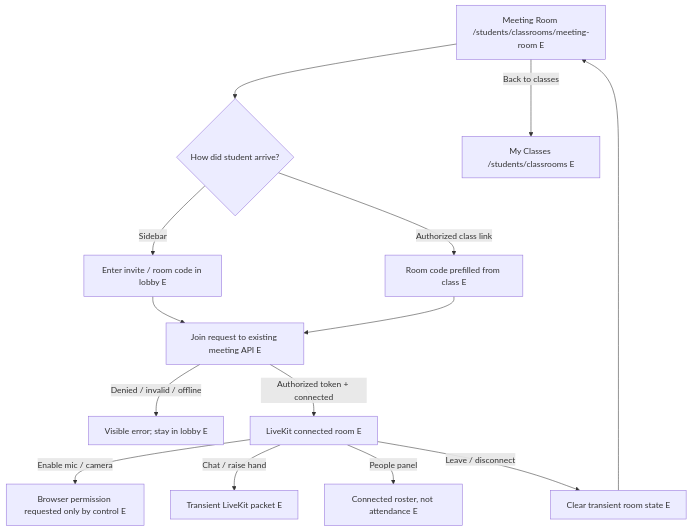
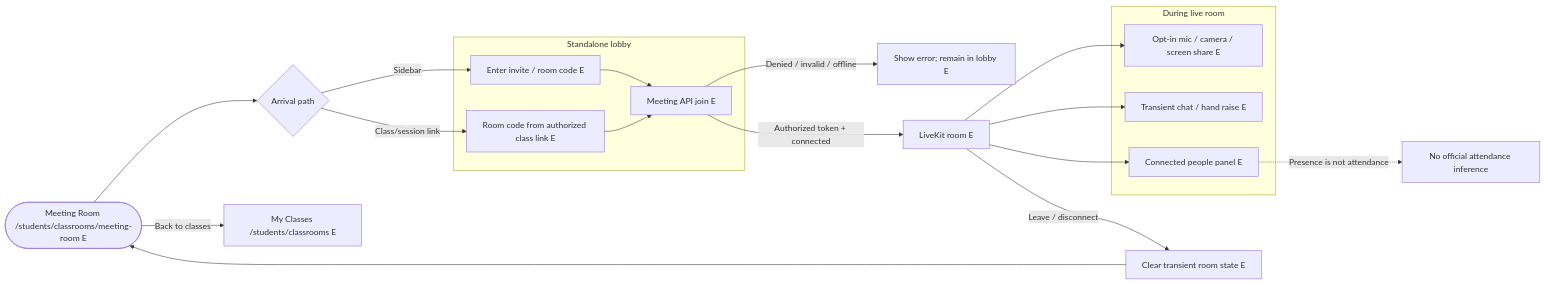
Before and after one commit to devCarlJoseph/owlio-app: the sixth of 14 diagrams in OWLIO_STUDENT_SIDEBAR_WORKFLOW_PLAN.md, drawn with Mermaid. The commit also changed other lines of this file and 1 other file, not shown here.

Commit message:
docs(workflows): render sidebar flows as grouped Mermaid diagrams

````diff
--- a/OWLIO_STUDENT_SIDEBAR_WORKFLOW_PLAN.md
+++ b/OWLIO_STUDENT_SIDEBAR_WORKFLOW_PLAN.md
@@ -414,16 +465,27 @@
 ```mermaid
-flowchart TD
-  R["Meeting Room /students/classrooms/meeting-room E"] --> ENTRY{"How did student arrive?"}
-  ENTRY -->|"Sidebar"| FORM["Enter invite / room code in lobby E"]
-  ENTRY -->|"Authorized class link"| PREFILL["Room code prefilled from class E"]
-  FORM --> JOIN["Join request to existing meeting API E"]
-  PREFILL --> JOIN
-  JOIN -->|"Denied / invalid / offline"| ERROR["Visible error; stay in lobby E"]
-  JOIN -->|"Authorized token + connected"| LIVE["LiveKit connected room E"]
-  LIVE -->|"Enable mic / camera"| MEDIA["Browser permission requested only by control E"]
-  LIVE -->|"Chat / raise hand"| TRANSIENT["Transient LiveKit packet E"]
-  LIVE -->|"People panel"| PRESENCE["Connected roster, not attendance E"]
+flowchart LR
+  R(["Meeting Room /students/classrooms/meeting-room E"]) --> ENTRY{"Arrival path"}
+  subgraph LOBBY["Standalone lobby"]
+    FORM["Enter invite / room code E"]
+    PREFILL["Room code from authorized class link E"]
+    JOIN["Meeting API join E"]
+    FORM --> JOIN
+    PREFILL --> JOIN
+  end
+  ENTRY -->|"Sidebar"| FORM
+  ENTRY -->|"Class/session link"| PREFILL
+  JOIN -->|"Denied / invalid / offline"| ERROR["Show error; remain in lobby E"]
+  JOIN -->|"Authorized token + connected"| LIVE["LiveKit room E"]
+  subgraph IN_ROOM["During live room"]
+    MEDIA["Opt-in mic / camera / screen share E"]
+    CHAT["Transient chat / hand raise E"]
+    PEOPLE["Connected people panel E"]
+  end
+  LIVE --> MEDIA
+  LIVE --> CHAT
+  LIVE --> PEOPLE
+  PEOPLE -.->|"Presence is not attendance"| NOT_ATT["No official attendance inference"]
   LIVE -->|"Leave / disconnect"| CLEAR["Clear transient room state E"]
   CLEAR --> R
   R -->|"Back to classes"| CL["My Classes /students/classrooms E"]
 ```
````
